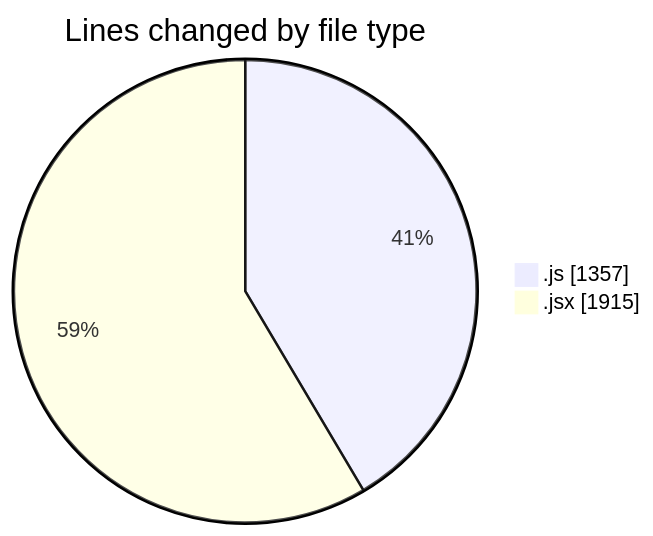
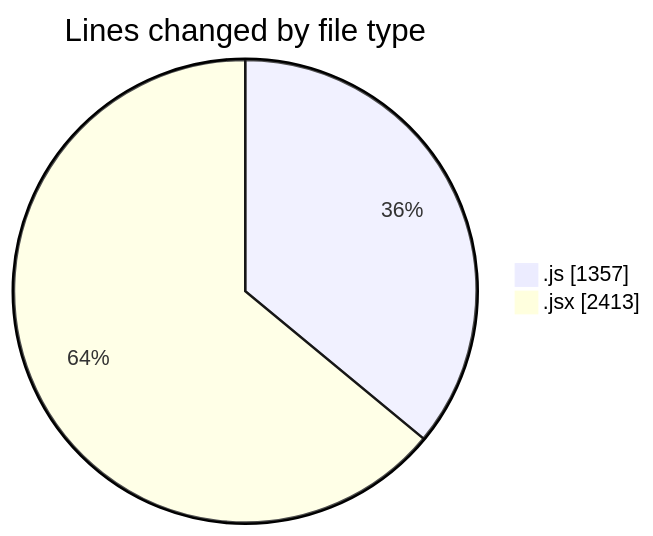
The first of 2 diagrams in 2025-08-05/nxtqube_webapp/README.md (nxtqubesakshisongat/code-tracking), drawn with Mermaid before and after one commit. The commit also changed other lines of this file and 1 other file, not shown here.

````diff
--- a/2025-08-05/nxtqube_webapp/README.md
+++ b/2025-08-05/nxtqube_webapp/README.md
@@ -26,6 +27,6 @@
 ```mermaid
 pie showData
 title Lines changed by file type
 ".js" : 1357
-".jsx" : 1915
+".jsx" : 2413
 ```
````
